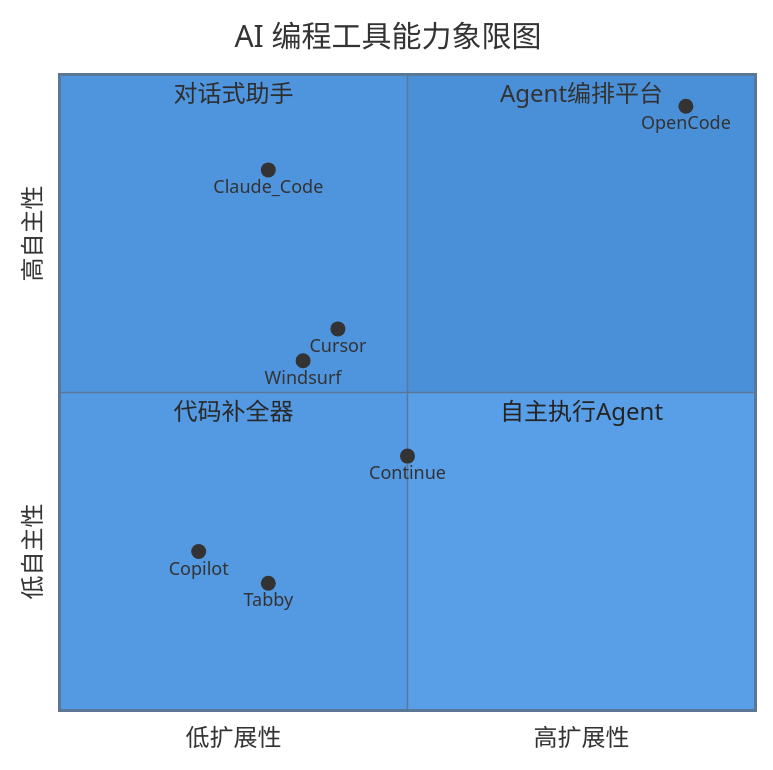
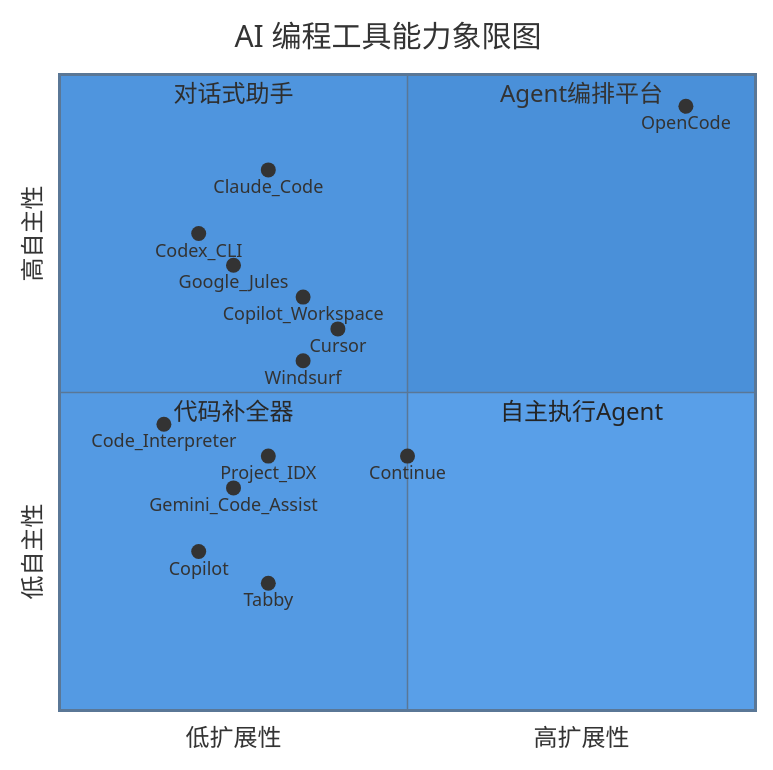
Before and after one commit to tonydeng/harness-engineering-from-oc-to-ai-coding: the first of 3 diagrams in src/01-introduction/ecosystem-comparison.md, drawn with Mermaid. The commit also changed other lines of this file and 81 other files, not shown here.

````diff
--- a/src/01-introduction/ecosystem-comparison.md
+++ b/src/01-introduction/ecosystem-comparison.md
@@ -178,18 +311,24 @@
 ```mermaid
 %%{init: {'theme': 'base', 'themeVariables': { 'primaryColor': '#4A90D9', 'secondaryColor': '#50C878', 'tertiaryColor': '#FF9F43'}}}%%
 quadrantChart
     title AI 编程工具能力象限图
     x-axis "低扩展性" --> "高扩展性"
      y-axis "低自主性" --> "高自主性"
     quadrant-1 "Agent编排平台"
     quadrant-2 "对话式助手"
     quadrant-3 "代码补全器"
     quadrant-4 "自主执行Agent"
     OpenCode: [0.9, 0.95]
     Cursor: [0.4, 0.6]
     Claude_Code: [0.3, 0.85]
     Copilot: [0.2, 0.25]
     Windsurf: [0.35, 0.55]
     Continue: [0.5, 0.4]
     Tabby: [0.3, 0.2]
+    Gemini_Code_Assist: [0.25, 0.35]
+    Project_IDX: [0.3, 0.4]
+    Code_Interpreter: [0.15, 0.45]
+    Google_Jules: [0.25, 0.7]
+    Codex_CLI: [0.2, 0.75]
+    Copilot_Workspace: [0.35, 0.65]
 ```
````
